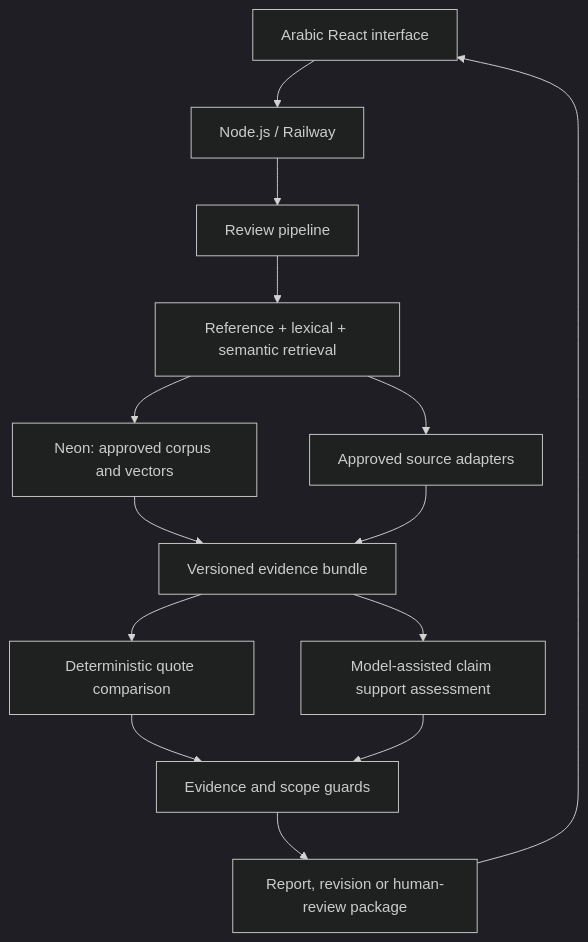
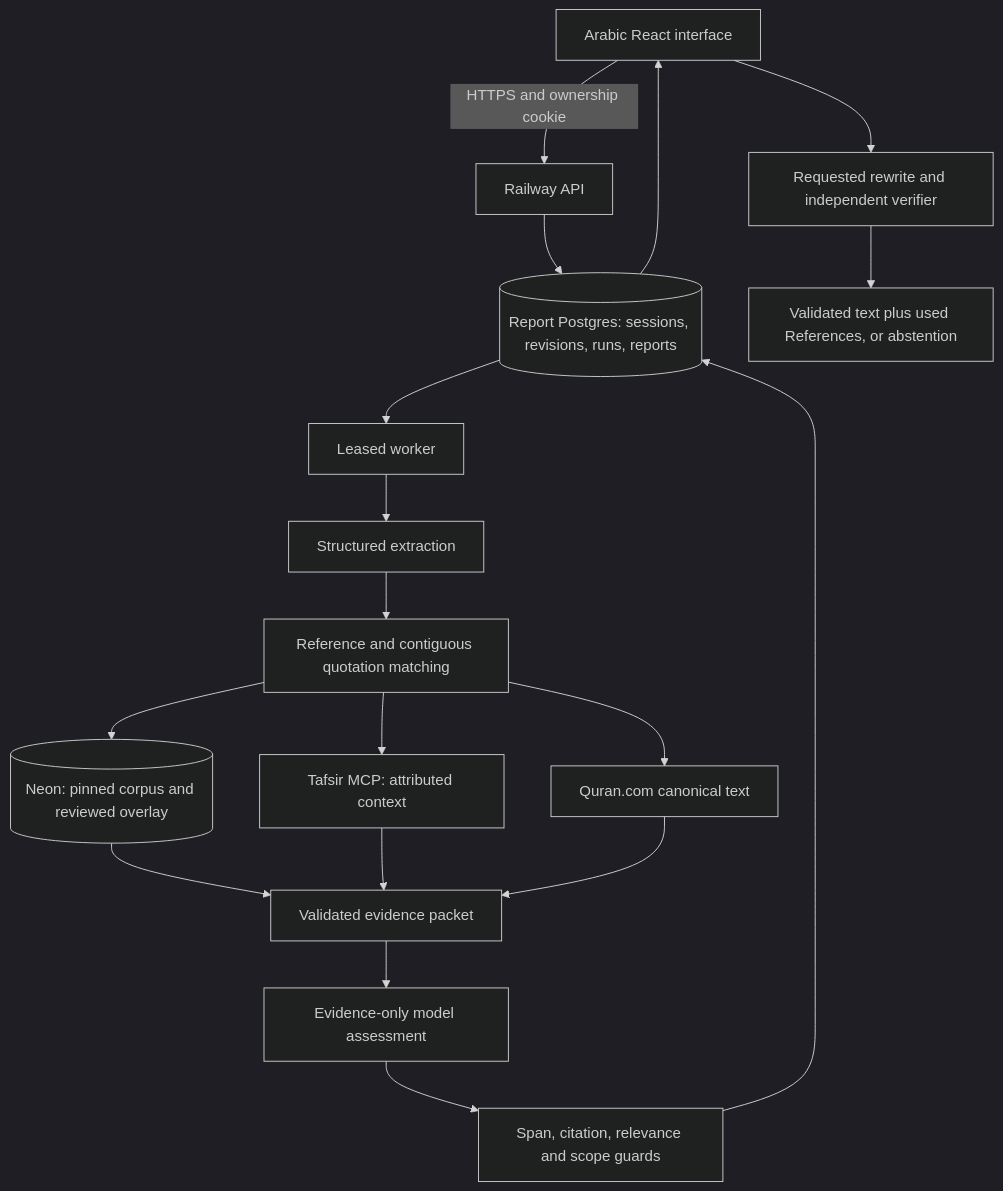
One commit to smaq777/Basira-Hackathon changed the diagram in README.md. Above: the diagram before and after it, drawn with Mermaid (dark theme). The commit also changed other lines of this file and 11 other files, not shown here.

````diff
--- a/README.md
+++ b/README.md
@@ -72,16 +48,20 @@
 ```mermaid
 flowchart TD
-  UI[Arabic React interface] --> API[Node.js / Railway]
-  API --> P[Review pipeline]
-  P --> R[Reference + lexical + semantic retrieval]
-  R --> N[Neon: approved corpus and vectors]
-  R --> X[Approved source adapters]
-  N --> E[Versioned evidence bundle]
-  X --> E
-  E --> Q[Deterministic quote comparison]
-  E --> S[Model-assisted claim support assessment]
-  Q --> G[Evidence and scope guards]
-  S --> G
-  G --> O[Report, revision or human-review package]
-  O --> UI
+  U[Arabic React interface] -->|HTTPS and ownership cookie| A[Railway API]
+  A --> R[(Report Postgres: sessions, revisions, runs, reports)]
+  R --> W[Leased worker]
+  W --> X[Structured extraction]
+  X --> Q[Reference and contiguous quotation matching]
+  Q --> N[(Neon: pinned corpus and reviewed overlay)]
+  Q --> T[Tafsir MCP: attributed context]
+  Q --> K[Quran.com canonical text]
+  N --> E[Validated evidence packet]
+  T --> E
+  K --> E
+  E --> S[Evidence-only model assessment]
+  S --> G[Span, citation, relevance and scope guards]
+  G --> R
+  R --> U
+  U --> RW[Requested rewrite and independent verifier]
+  RW --> C[Validated text plus used References, or abstention]
 ```
````
